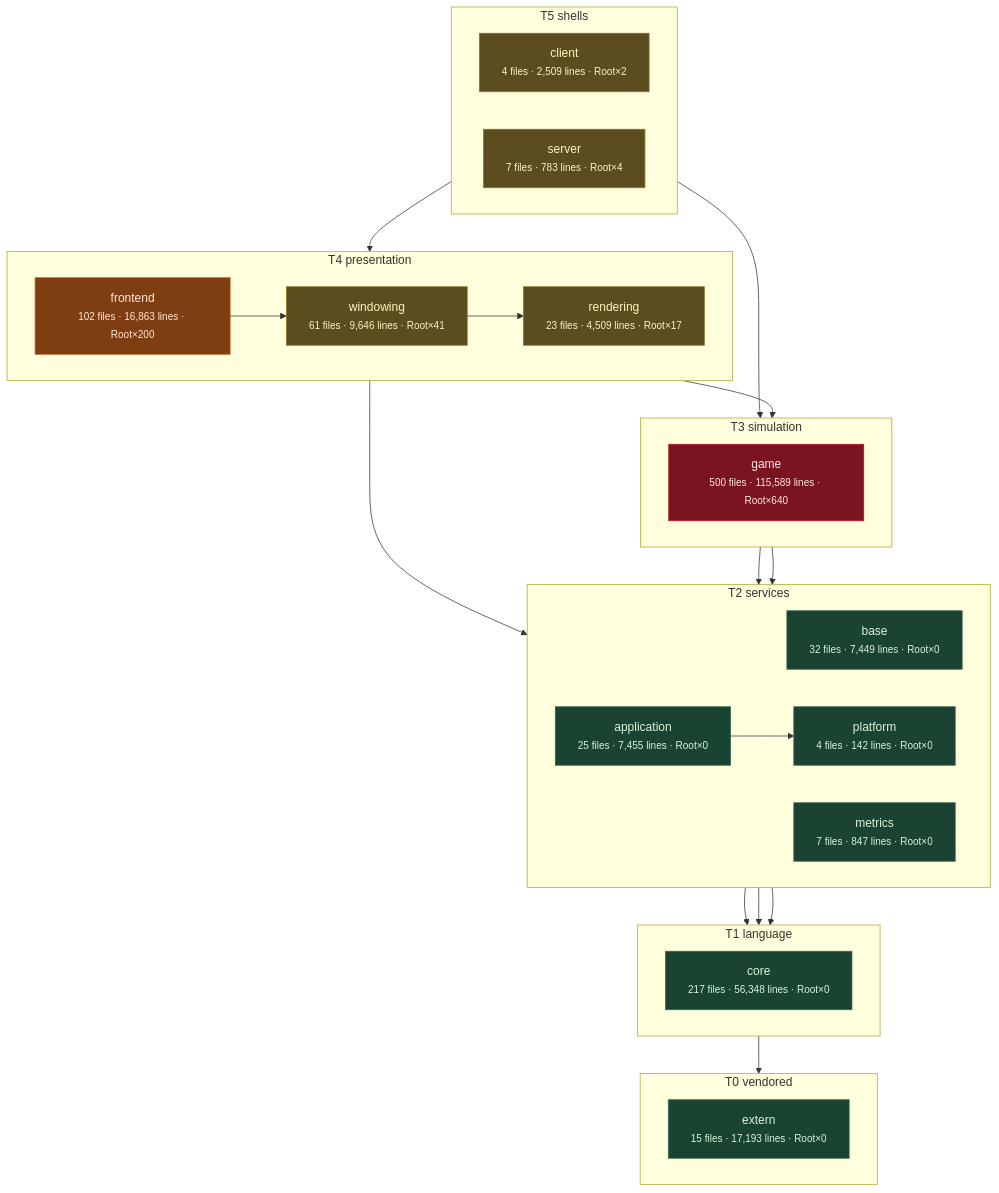
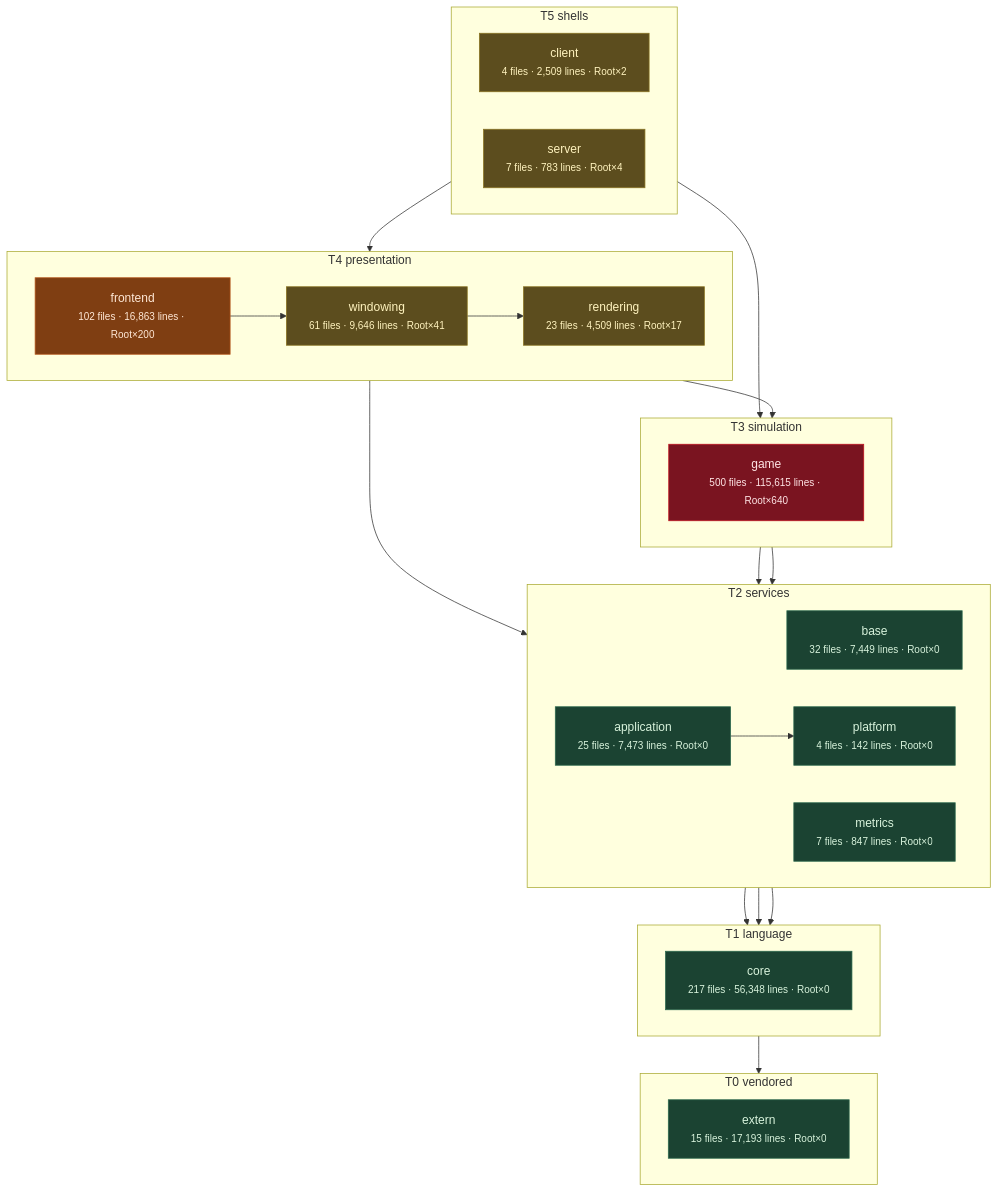
Before and after one commit to apnex/OpenStarbound: the third of 11 diagrams in docs/architecture/system-boundaries.md, drawn with Mermaid. The commit also changed other lines of this file and 6 other files, not shown here.

````diff
--- a/docs/architecture/system-boundaries.md
+++ b/docs/architecture/system-boundaries.md
@@ -271,54 +271,54 @@
 ```mermaid
 flowchart TD
   subgraph T0["T0 vendored"]
     direction LR
     extern["extern<br/><small>15 files · 17,193 lines · Root×0</small>"]
   end
   subgraph T1["T1 language"]
     direction LR
     core["core<br/><small>217 files · 56,348 lines · Root×0</small>"]
   end
   subgraph T2["T2 services"]
     direction LR
     base["base<br/><small>32 files · 7,449 lines · Root×0</small>"]
     metrics["metrics<br/><small>7 files · 847 lines · Root×0</small>"]
     platform["platform<br/><small>4 files · 142 lines · Root×0</small>"]
-    application["application<br/><small>25 files · 7,455 lines · Root×0</small>"]
+    application["application<br/><small>25 files · 7,473 lines · Root×0</small>"]
   end
   subgraph T3["T3 simulation"]
     direction LR
-    game["game<br/><small>500 files · 115,589 lines · Root×640</small>"]
+    game["game<br/><small>500 files · 115,615 lines · Root×640</small>"]
   end
   subgraph T4["T4 presentation"]
     direction LR
     rendering["rendering<br/><small>23 files · 4,509 lines · Root×17</small>"]
     windowing["windowing<br/><small>61 files · 9,646 lines · Root×41</small>"]
     frontend["frontend<br/><small>102 files · 16,863 lines · Root×200</small>"]
   end
   subgraph T5["T5 shells"]
     direction LR
     client["client<br/><small>4 files · 2,509 lines · Root×2</small>"]
     server["server<br/><small>7 files · 783 lines · Root×4</small>"]
   end
   core --> extern
   base --> core
   metrics --> core
   platform --> core
   application --> platform
   game --> base
   game --> platform
   rendering --> application
   rendering --> game
   windowing --> rendering
   frontend --> windowing
   client --> frontend
   server --> game
   classDef clean fill:#1b4332,stroke:#2d6a4f,color:#d8f3dc
   classDef warm  fill:#5c4d1e,stroke:#8a7420,color:#fff3bf
   classDef hot   fill:#7f3e12,stroke:#b5561b,color:#ffe8d6
   classDef blaze fill:#7a1420,stroke:#c1121f,color:#ffe5e5
   class extern,core,base,metrics,platform,application clean
   class rendering,windowing,client,server warm
   class frontend hot
   class game blaze
 ```
````
